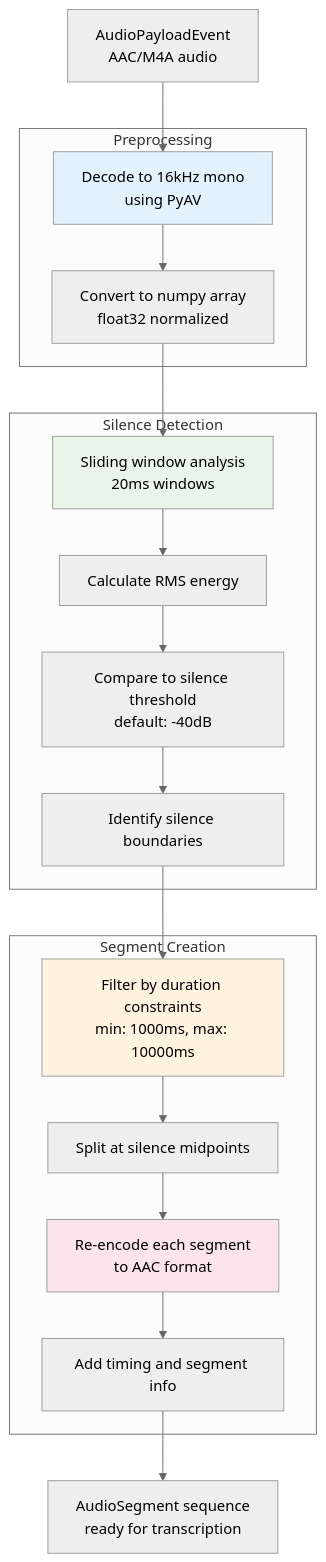
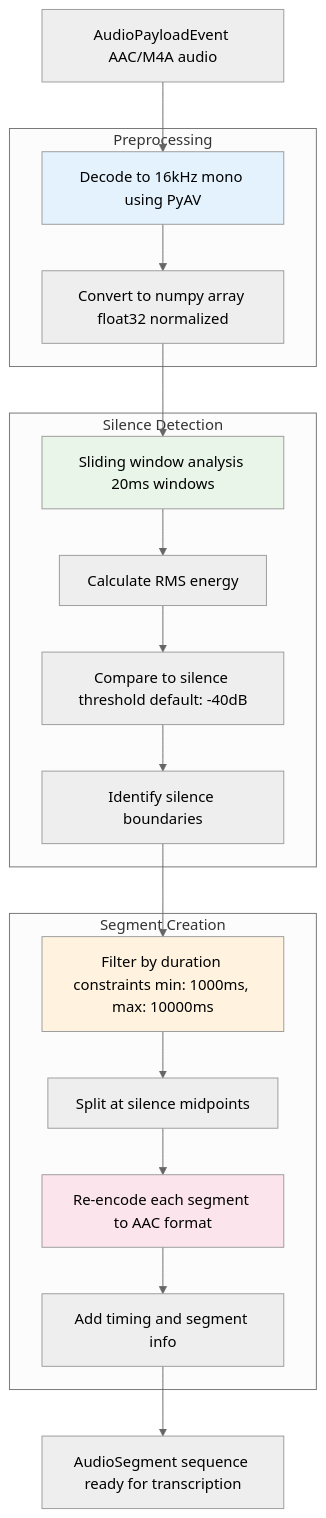
One commit to bradsjm/broadcastify-calls changed the fifth of 8 diagrams in README.md. Above: the diagram before and after it, drawn with Mermaid (neutral theme). The commit also changed other lines of this file, not shown here.

````diff
--- a/README.md
+++ b/README.md
@@ -578,42 +578,42 @@
 ```mermaid
 flowchart TD
-    INPUT[AudioPayloadEvent<br/>AAC/M4A audio]
-    
+    INPUT[AudioPayloadEvent AAC/M4A audio]
+
     subgraph "Preprocessing"
-        DECODE[Decode to 16kHz mono<br/>using PyAV]
-        CONVERT[Convert to numpy array<br/>float32 normalized]
+        DECODE[Decode to 16kHz mono using PyAV]
+        CONVERT[Convert to numpy array float32 normalized]
     end
-    
+
     subgraph "Silence Detection"
-        WINDOW[Sliding window analysis<br/>20ms windows]
+        WINDOW[Sliding window analysis 20ms windows]
         RMS[Calculate RMS energy]
-        THRESHOLD[Compare to silence threshold<br/>default: -40dB]
+        THRESHOLD[Compare to silence threshold default: -40dB]
         BOUNDARY[Identify silence boundaries]
     end
-    
+
     subgraph "Segment Creation"
-        FILTER[Filter by duration constraints<br/>min: 1000ms, max: 10000ms]
+        FILTER[Filter by duration constraints min: 1000ms, max: 10000ms]
         SPLIT[Split at silence midpoints]
-        ENCODE[Re-encode each segment<br/>to AAC format]
+        ENCODE[Re-encode each segment to AAC format]
         METADATA[Add timing and segment info]
     end
-    
-    OUTPUT[AudioSegment sequence<br/>ready for transcription]
-    
+
+    OUTPUT[AudioSegment sequence ready for transcription]
+
     INPUT --> DECODE
     DECODE --> CONVERT
     CONVERT --> WINDOW
     WINDOW --> RMS
     RMS --> THRESHOLD
     THRESHOLD --> BOUNDARY
     BOUNDARY --> FILTER
     FILTER --> SPLIT
     SPLIT --> ENCODE
     ENCODE --> METADATA
     METADATA --> OUTPUT
-    
+
     style DECODE fill:#e3f2fd
     style WINDOW fill:#e8f5e8
     style FILTER fill:#fff3e0
     style ENCODE fill:#fce4ec
 ```
````
